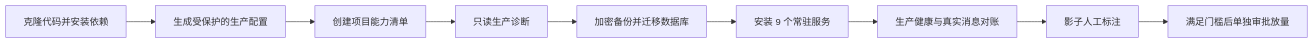
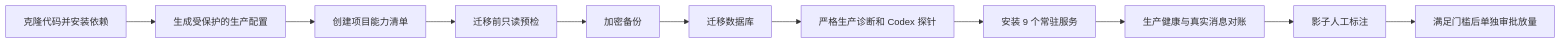
Before and after one commit to ruiwang20010702/ai-employee: the diagram in docs/验收报告.md, drawn with Mermaid. The commit also changed other lines of this file and 51 other files, not shown here.

````diff
--- a/docs/验收报告.md
+++ b/docs/验收报告.md
@@ -51,11 +56,13 @@
 ```mermaid
 flowchart LR
     A[克隆代码并安装依赖] --> B[生成受保护的生产配置]
     B --> C[创建项目能力清单]
-    C --> D[只读生产诊断]
-    D --> E[加密备份并迁移数据库]
-    E --> F[安装 9 个常驻服务]
-    F --> G[生产健康与真实消息对账]
-    G --> H[影子人工标注]
-    H --> I[满足门槛后单独审批放量]
+    C --> D[迁移前只读预检]
+    D --> E[加密备份]
+    E --> F[迁移数据库]
+    F --> G[严格生产诊断和 Codex 探针]
+    G --> H[安装 9 个常驻服务]
+    H --> I[生产健康与真实消息对账]
+    I --> J[影子人工标注]
+    J --> K[满足门槛后单独审批放量]
 ```
````
